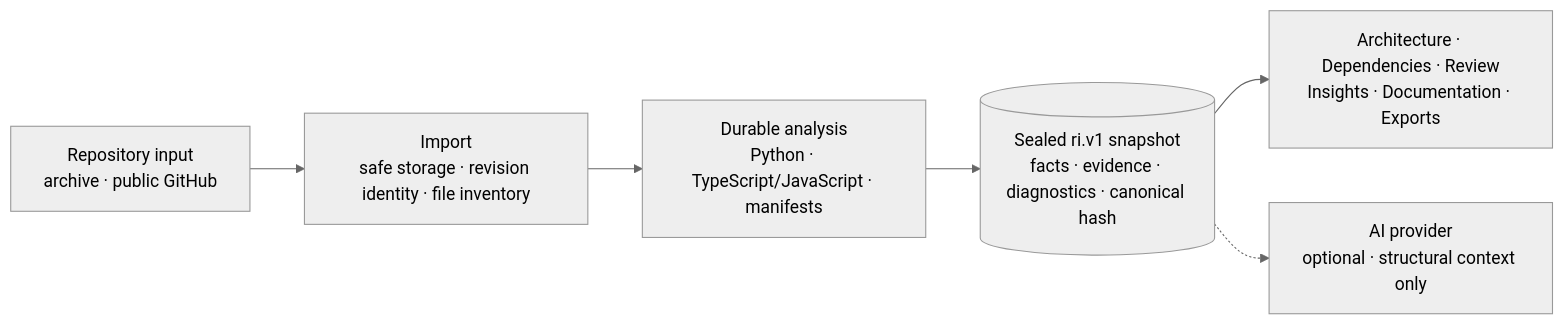
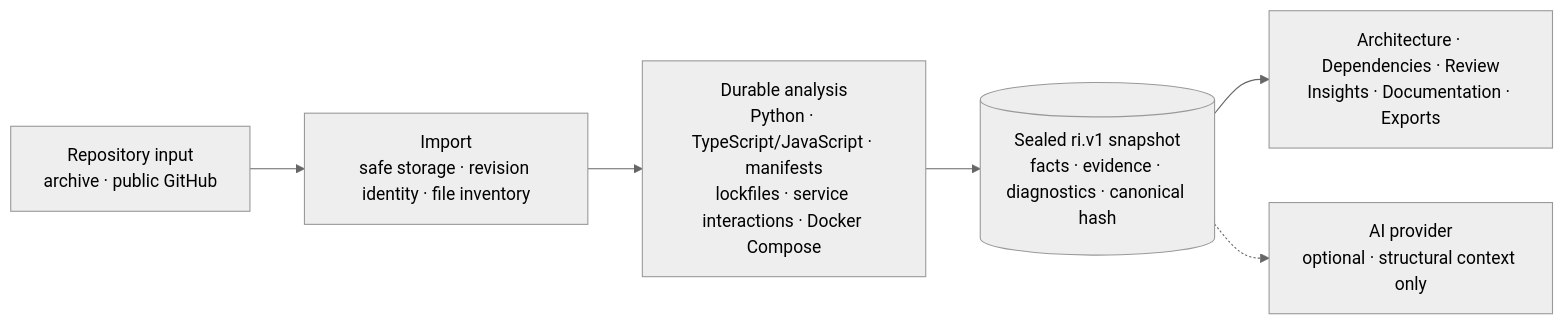
Before and after one commit to Second-Origin/PARTHA: the diagram in README.md, drawn with Mermaid (neutral theme). The commit also changed other lines of this file and 4 other files, not shown here.

First line of the commit message:
docs: correct stale claims, document conversation retention, fix broken diagram

````diff
--- a/README.md
+++ b/README.md
@@ -95,12 +95,12 @@
 ```mermaid
 flowchart LR
     Input["Repository input<br/>archive · public GitHub"]
     Import["Import<br/>safe storage · revision identity · file inventory"]
-    Analyse["Durable analysis<br/>Python · TypeScript/JavaScript · manifests"]
+    Analyse["Durable analysis<br/>Python · TypeScript/JavaScript · manifests<br/>lockfiles · service interactions · Docker Compose"]
     RI[("Sealed ri.v1 snapshot<br/>facts · evidence · diagnostics · canonical hash")]
     Product["Architecture · Dependencies · Review<br/>Insights · Documentation · Exports"]
     AI["AI provider<br/>optional · structural context only"]
 
     Input --> Import --> Analyse --> RI --> Product
     RI -.-> AI
 ```
````
